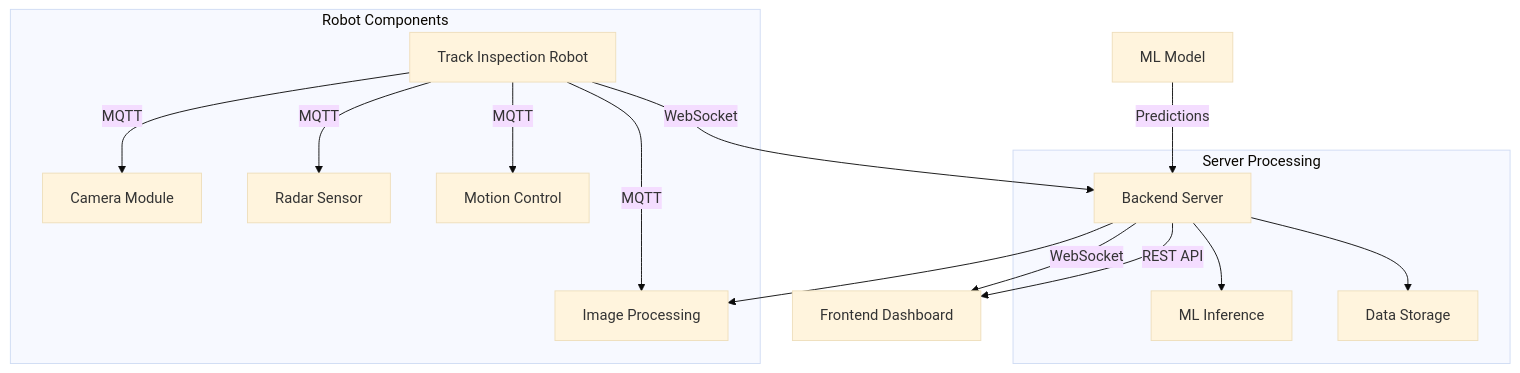
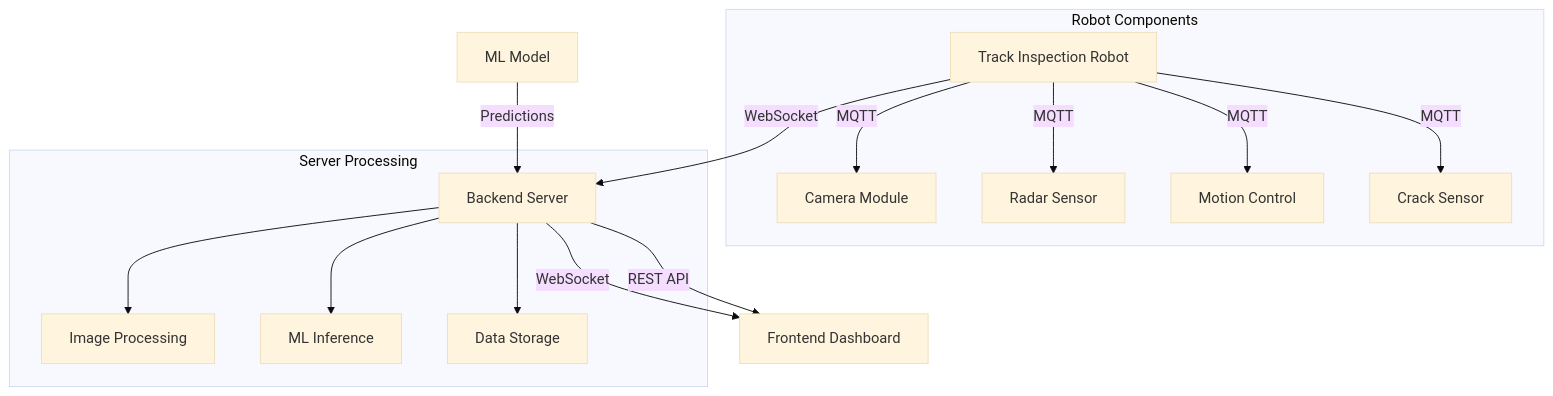
Before and after one commit to jaismithas859/Railway-track-fault-detection-system-IOT: the diagram in Readme.md, drawn with Mermaid (base theme).

Commit message:
readme updated

````diff
--- a/Readme.md
+++ b/Readme.md
@@ -43,20 +43,20 @@
 ```mermaid
 graph TD
     A[Track Inspection Robot] -->|WebSocket| B[Backend Server]
     B -->|WebSocket| C[Frontend Dashboard]
     B -->|REST API| C
     D[ML Model] -->|Predictions| B
     
     subgraph Robot Components
     A -->|MQTT| E[Camera Module]
     A -->|MQTT| F[Radar Sensor]
     A -->|MQTT| G[Motion Control]
     A -->|MQTT| H[Crack Sensor]
     end
     
     subgraph Server Processing
-    B --> H[Image Processing]
-    B --> I[ML Inference]
-    B --> J[Data Storage]
+    B --> I[Image Processing]
+    B --> J[ML Inference]
+    B --> K[Data Storage]
     end
 ```
````
